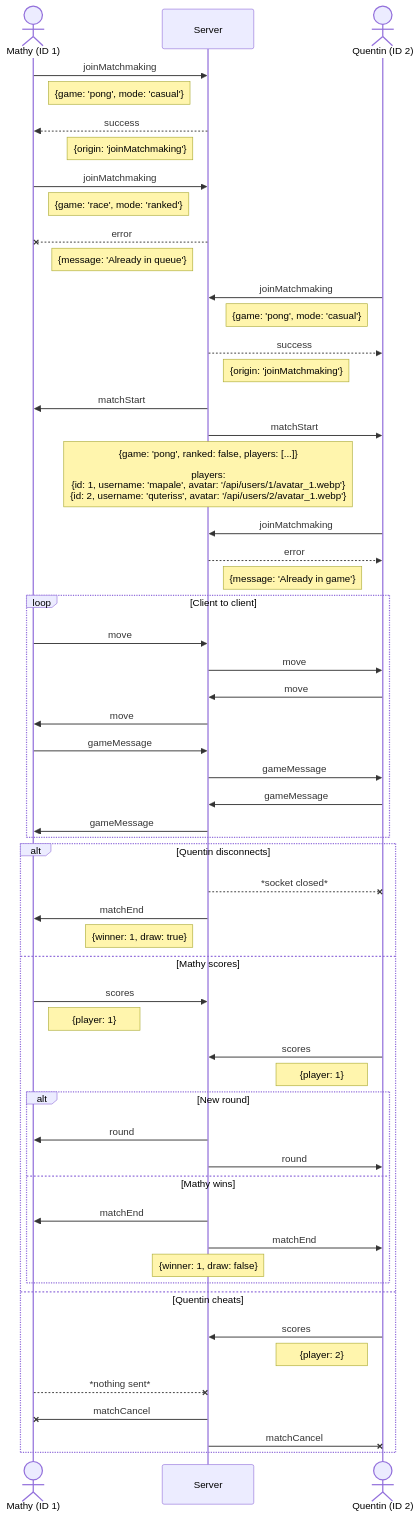
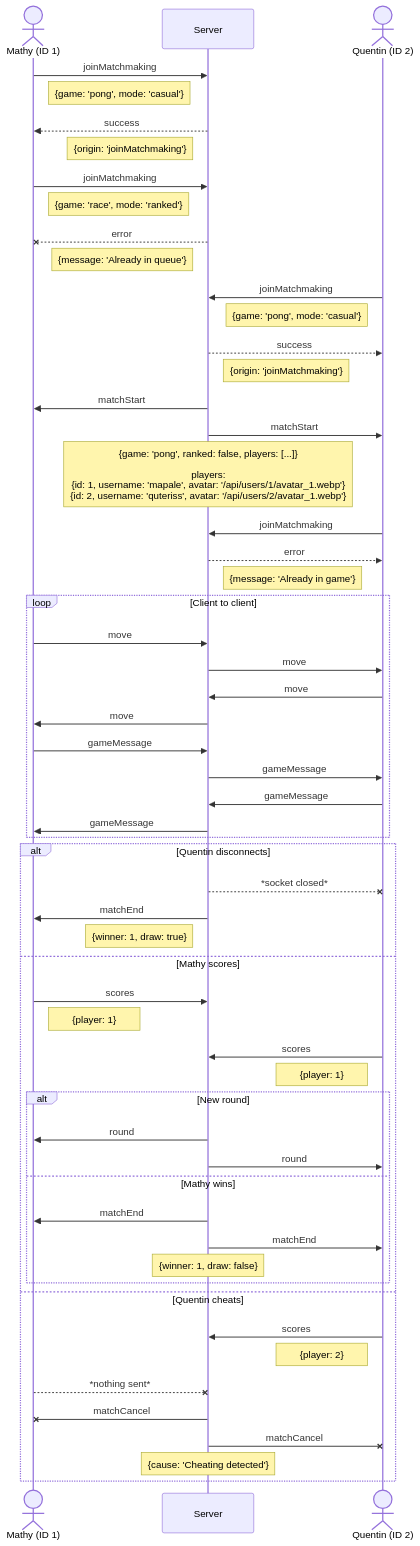
Before and after one commit to deydoux/42cursus-ft_transcendence: the diagram in docs/WebSocket/match.md, drawn with Mermaid. The commit also changed 3 other files, not shown here.

````diff
--- a/docs/WebSocket/match.md
+++ b/docs/WebSocket/match.md
@@ -3,69 +3,70 @@
 ```mermaid
 sequenceDiagram
   actor m as Mathy (ID 1)
   participant s as Server
   actor q as Quentin (ID 2)
 
   m ->> s: joinMatchmaking
   Note right of m: {game: 'pong', mode: 'casual'}
   s -->> m: success
   Note left of s: {origin: 'joinMatchmaking'}
 
   m ->> s: joinMatchmaking
   Note right of m: {game: 'race', mode: 'ranked'}
   s --x m: error
   Note left of s: {message: 'Already in queue'}
 
   q ->> s: joinMatchmaking
   Note left of q: {game: 'pong', mode: 'casual'}
   s -->> q: success
   Note right of s: {origin: 'joinMatchmaking'}
 
   s ->> m: matchStart
   s ->> q: matchStart
   Note over s: {game: 'pong', ranked: false, players: [...]}<br><br> players:<br>{id: 1, username: 'mapale', avatar: '/api/users/1/avatar_1.webp'}<br>{id: 2, username: 'quteriss', avatar: '/api/users/2/avatar_1.webp'}
 
   q ->> s: joinMatchmaking
   s -->> q: error
   Note right of s: {message: 'Already in game'}
 
   loop Client to client
     m ->> s: move
     s ->> q: move
     q ->> s: move
     s ->> m: move
 
     m ->> s: gameMessage
     s ->> q: gameMessage
     q ->> s: gameMessage
     s ->> m: gameMessage
   end
 
   alt Quentin disconnects
     s --x q: *socket closed*
     s ->> m: matchEnd
     Note left of s: {winner: 1, draw: true}
 
   else Mathy scores
     m ->> s: scores
     Note right of m: {player: 1}
     q ->> s: scores
     Note left of q: {player: 1}
 
     alt New round
       s ->> m: round
       s ->> q: round
     else Mathy wins
       s ->> m: matchEnd
       s ->> q: matchEnd
       Note over s: {winner: 1, draw: false}
     end
 
   else Quentin cheats
     q ->> s: scores
     Note left of q: {player: 2}
     m --x s: *nothing sent*
     s -x m: matchCancel
     s -x q: matchCancel
+    Note over s: {cause: 'Cheating detected'}
   end
 ```
````
